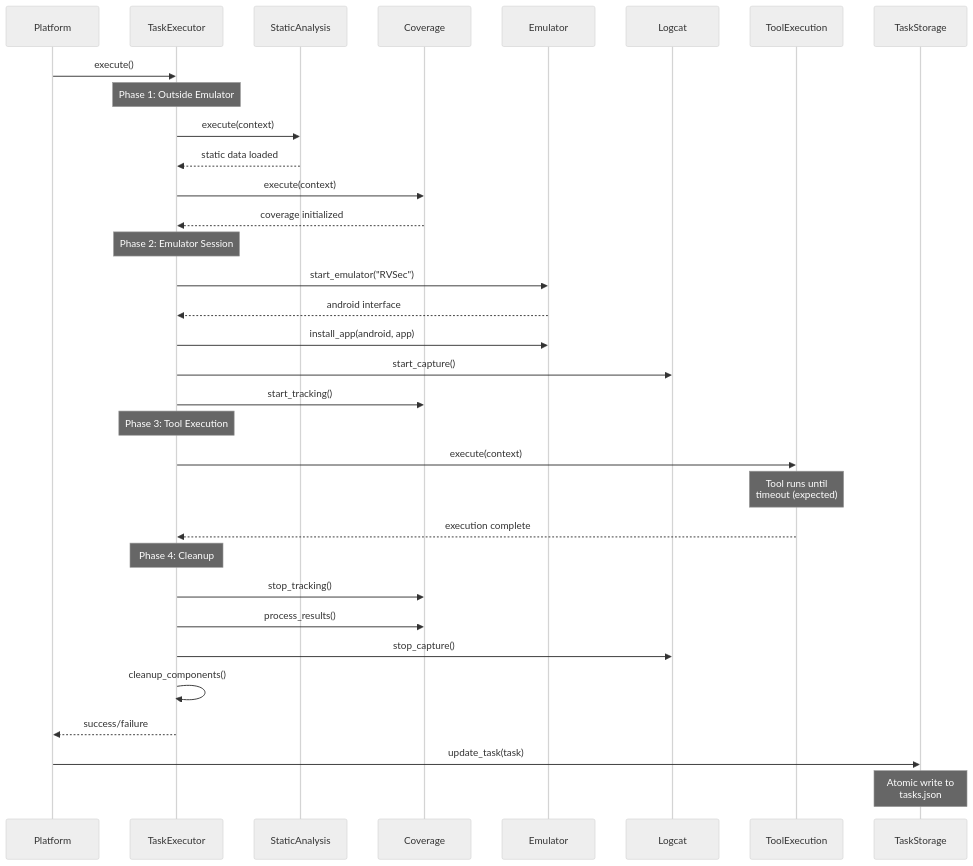
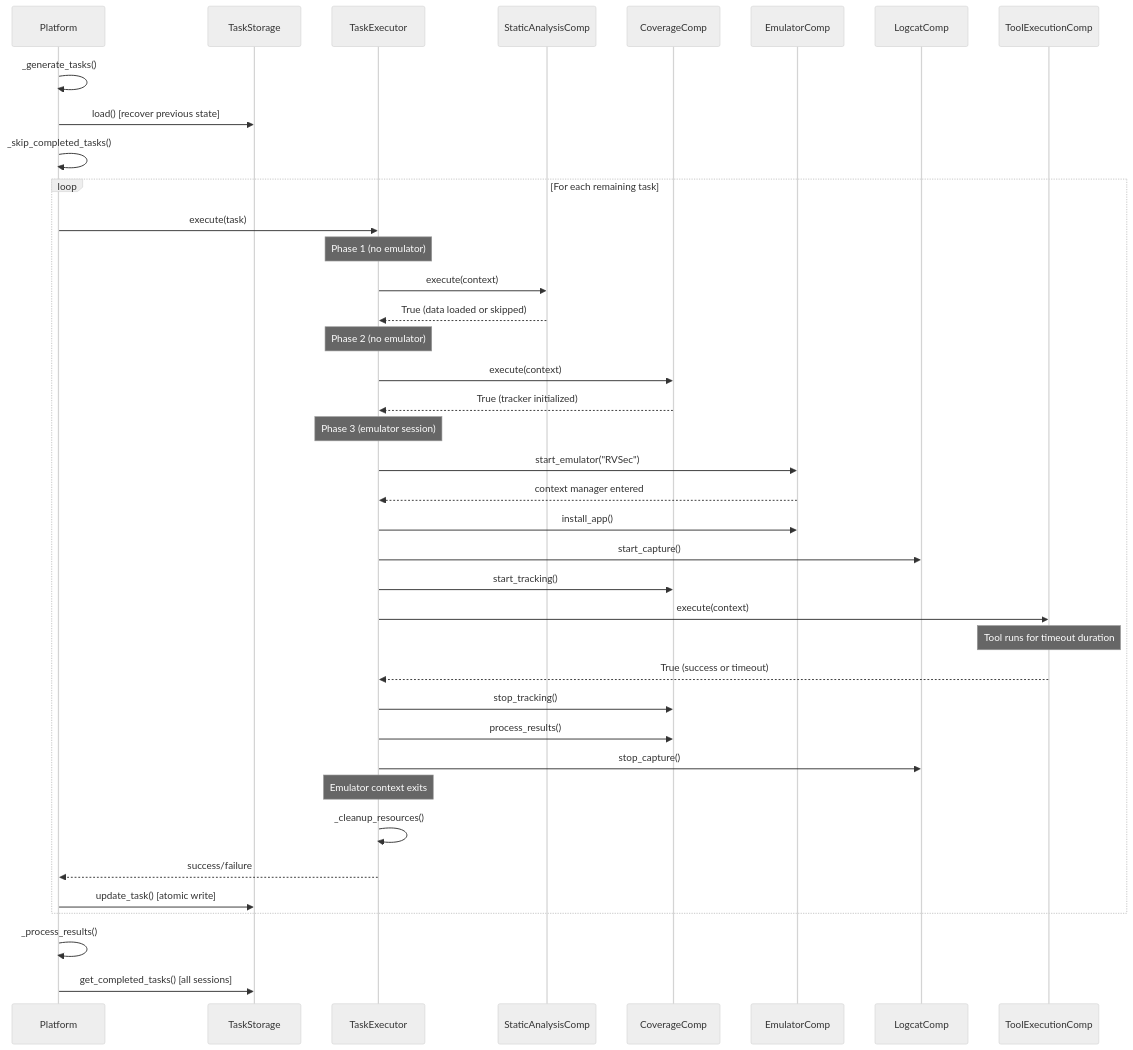
Before and after one commit to PAMunb/rvsec: the third of 4 diagrams in rv-android/modules/rv-platform/docs/architecture.md, drawn with Mermaid. The commit also changed other lines of this file and 17 other files, not shown here.

First line of the commit message:
docs(tg5): architecture docs for all 13 modules + aperv spec rewrite + script updates (refs #48)

````diff
--- a/rv-android/modules/rv-platform/docs/architecture.md
+++ b/rv-android/modules/rv-platform/docs/architecture.md
@@ -334,41 +247,48 @@
 ```mermaid
 %%{init: {'theme': 'neutral'}}%%
 sequenceDiagram
     participant P as Platform
+    participant TS as TaskStorage
     participant TE as TaskExecutor
-    participant SA as StaticAnalysis
-    participant CC as Coverage
-    participant EC as Emulator
-    participant LC as Logcat
-    participant TC as ToolExecution
-    participant TS as TaskStorage
+    participant SA as StaticAnalysisComp
+    participant CC as CoverageComp
+    participant EC as EmulatorComp
+    participant LC as LogcatComp
+    participant TC as ToolExecutionComp
 
-    P->>TE: execute()
-    Note over TE: Phase 1: Outside Emulator
-    TE->>SA: execute(context)
-    SA-->>TE: static data loaded
-    TE->>CC: execute(context)
-    CC-->>TE: coverage initialized
+    P->>P: _generate_tasks()
+    P->>TS: load() [recover previous state]
+    P->>P: _skip_completed_tasks()
 
-    Note over TE: Phase 2: Emulator Session
-    TE->>EC: start_emulator("RVSec")
-    EC-->>TE: android interface
-    TE->>EC: install_app(android, app)
-    TE->>LC: start_capture()
-    TE->>CC: start_tracking()
+    loop For each remaining task
+        P->>TE: execute(task)
+        Note over TE: Phase 1 (no emulator)
+        TE->>SA: execute(context)
+        SA-->>TE: True (data loaded or skipped)
 
-    Note over TE: Phase 3: Tool Execution
-    TE->>TC: execute(context)
-    Note over TC: Tool runs until<br/>timeout (expected)
-    TC-->>TE: execution complete
+        Note over TE: Phase 2 (no emulator)
+        TE->>CC: execute(context)
+        CC-->>TE: True (tracker initialized)
 
-    Note over TE: Phase 4: Cleanup
-    TE->>CC: stop_tracking()
-    TE->>CC: process_results()
-    TE->>LC: stop_capture()
-    TE->>TE: cleanup_components()
-    TE-->>P: success/failure
+        Note over TE: Phase 3 (emulator session)
+        TE->>EC: start_emulator("RVSec")
+        EC-->>TE: context manager entered
+        TE->>EC: install_app()
+        TE->>LC: start_capture()
+        TE->>CC: start_tracking()
+        TE->>TC: execute(context)
+        Note over TC: Tool runs for timeout duration
+        TC-->>TE: True (success or timeout)
+        TE->>CC: stop_tracking()
+        TE->>CC: process_results()
+        TE->>LC: stop_capture()
+        Note over TE: Emulator context exits
 
-    P->>TS: update_task(task)
-    Note over TS: Atomic write to<br/>tasks.json
+        TE->>TE: _cleanup_resources()
+        TE-->>P: success/failure
+        P->>TS: update_task() [atomic write]
+    end
+
+    P->>P: _process_results()
+    P->>TS: get_completed_tasks() [all sessions]
 ```
````
